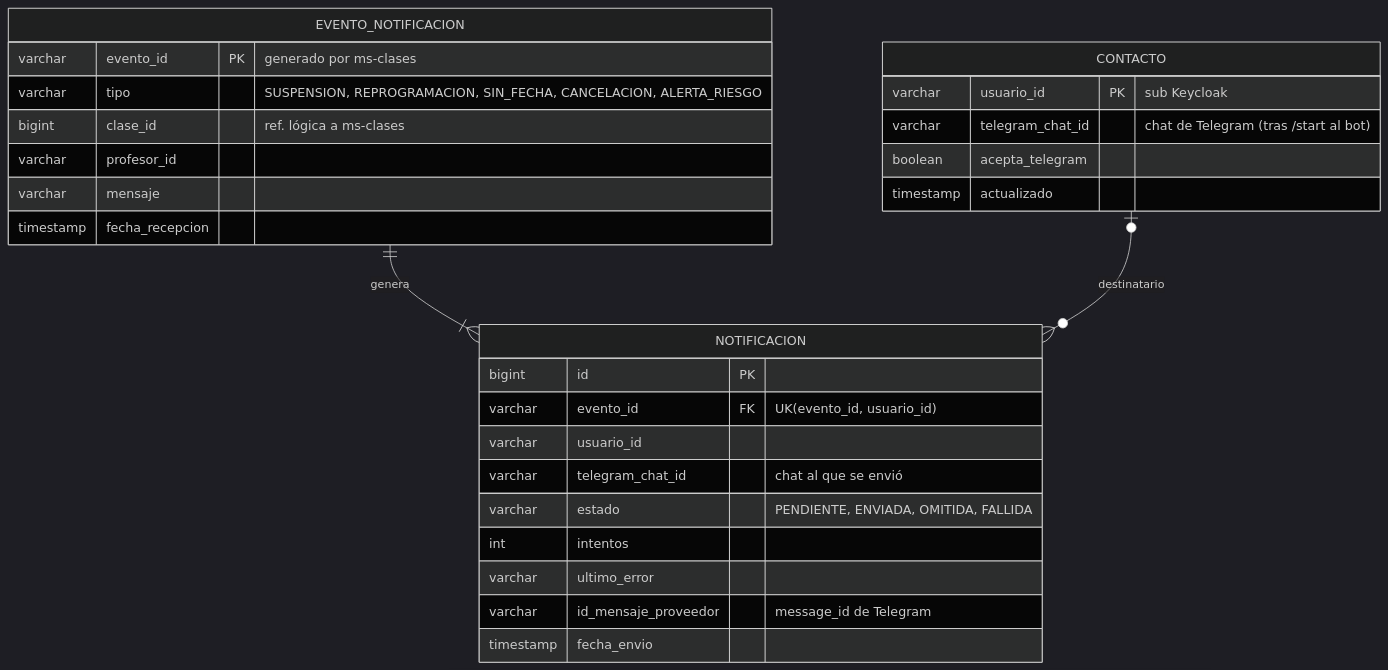
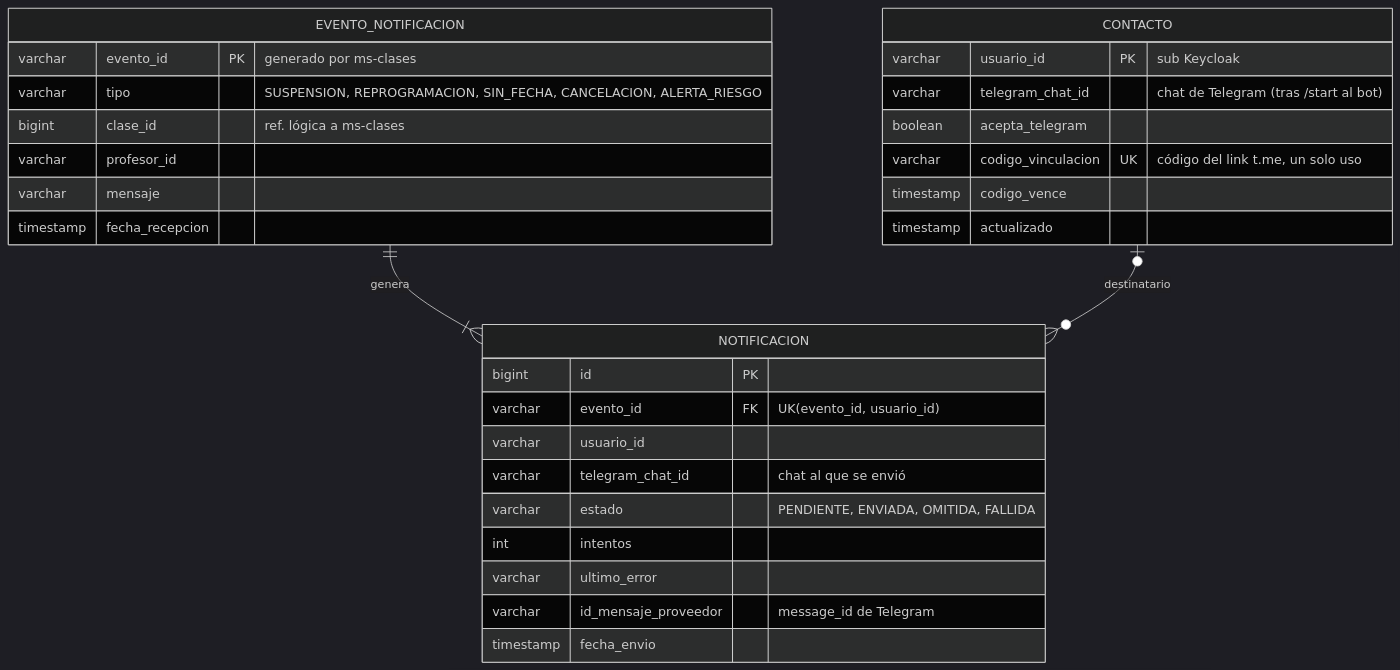
One commit to tomy91449/climafit changed the diagram in docs/diagramas/der-notificaciones.mmd. Above: the diagram before and after it, drawn with Mermaid (dark theme). The commit also changed 18 other files, not shown here.

```diff
--- a/docs/diagramas/der-notificaciones.mmd
+++ b/docs/diagramas/der-notificaciones.mmd
@@ -1,29 +1,31 @@
 %% DER - notificaciones_db (administrada por ms-notificaciones)
 erDiagram
   CONTACTO {
     varchar usuario_id PK "sub Keycloak"
     varchar telegram_chat_id "chat de Telegram (tras /start al bot)"
     boolean acepta_telegram
+    varchar codigo_vinculacion UK "código del link t.me, un solo uso"
+    timestamp codigo_vence
     timestamp actualizado
   }
   EVENTO_NOTIFICACION {
     varchar evento_id PK "generado por ms-clases"
     varchar tipo "SUSPENSION, REPROGRAMACION, SIN_FECHA, CANCELACION, ALERTA_RIESGO"
     bigint clase_id "ref. lógica a ms-clases"
     varchar profesor_id
     varchar mensaje
     timestamp fecha_recepcion
   }
   NOTIFICACION {
     bigint id PK
     varchar evento_id FK "UK(evento_id, usuario_id)"
     varchar usuario_id
     varchar telegram_chat_id "chat al que se envió"
     varchar estado "PENDIENTE, ENVIADA, OMITIDA, FALLIDA"
     int intentos
     varchar ultimo_error
     varchar id_mensaje_proveedor "message_id de Telegram"
     timestamp fecha_envio
   }
   EVENTO_NOTIFICACION ||--|{ NOTIFICACION : "genera"
   CONTACTO |o--o{ NOTIFICACION : "destinatario"
```
